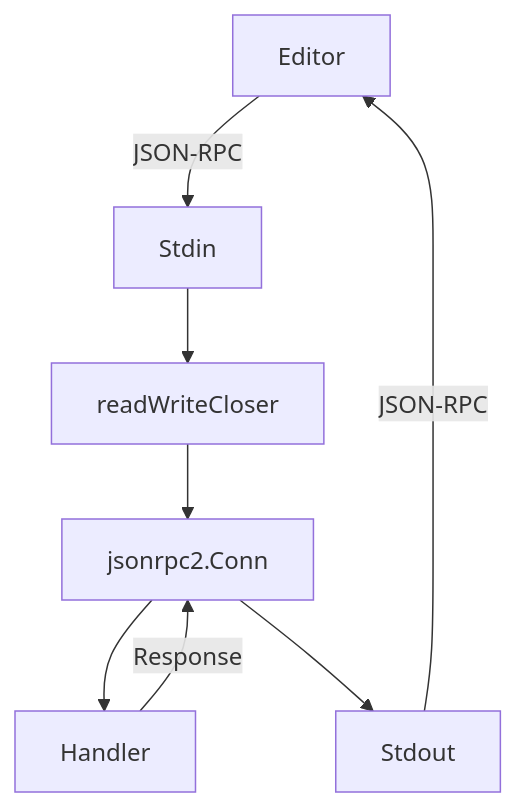
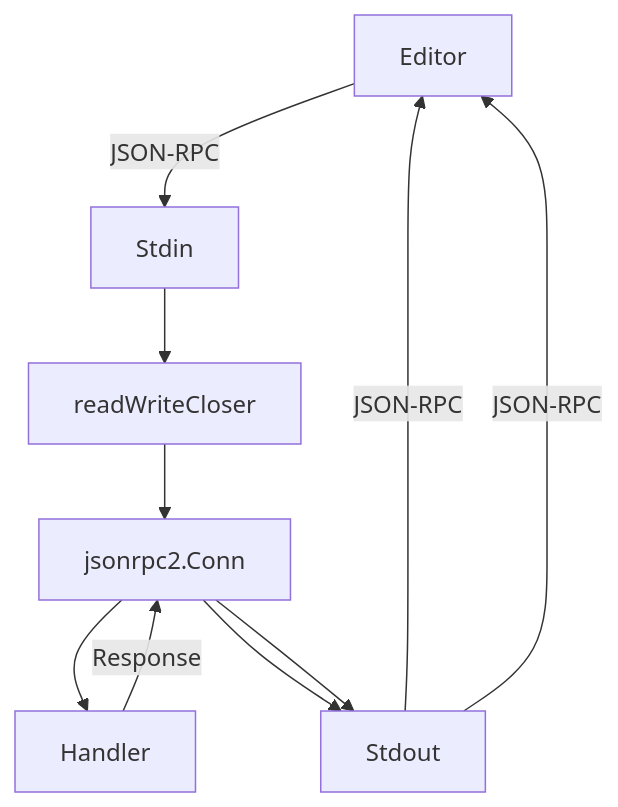
The diagram in agent_docs/architecture.md (loic-fejoz/fle-lsp), drawn with Mermaid before and after one commit. The commit also changed other lines of this file and 4 other files, not shown here.

````diff
--- a/agent_docs/architecture.md
+++ b/agent_docs/architecture.md
@@ -29,10 +30,12 @@
 ```mermaid
 graph TD
     A[Editor] -- JSON-RPC --> B[Stdin]
     B --> C[readWriteCloser]
     C --> D[jsonrpc2.Conn]
     D --> E[Handler]
     E -- Response --> D
     D --> F[Stdout]
     F -- JSON-RPC --> A
+    D --> F[Stdout]
+    F -- JSON-RPC --> A
 ```
````
